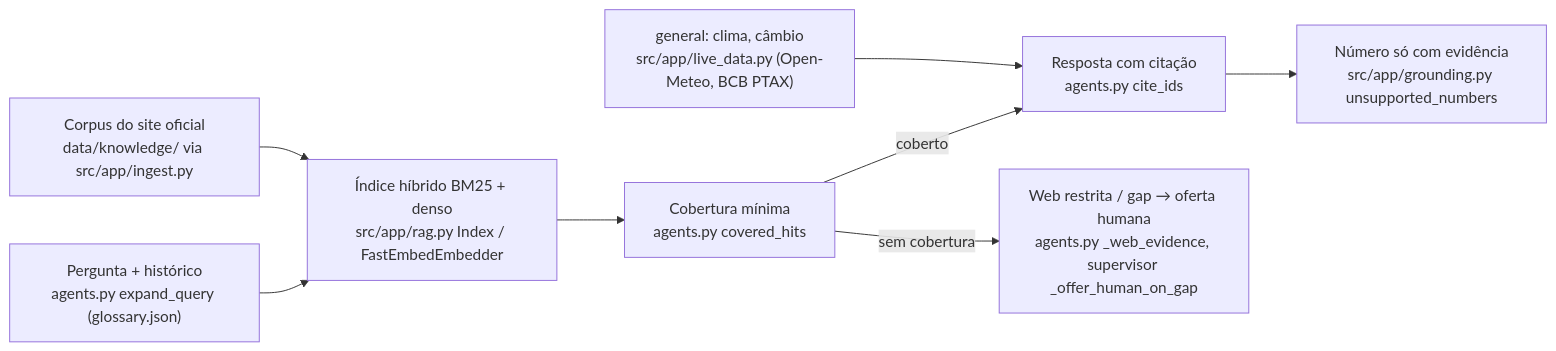
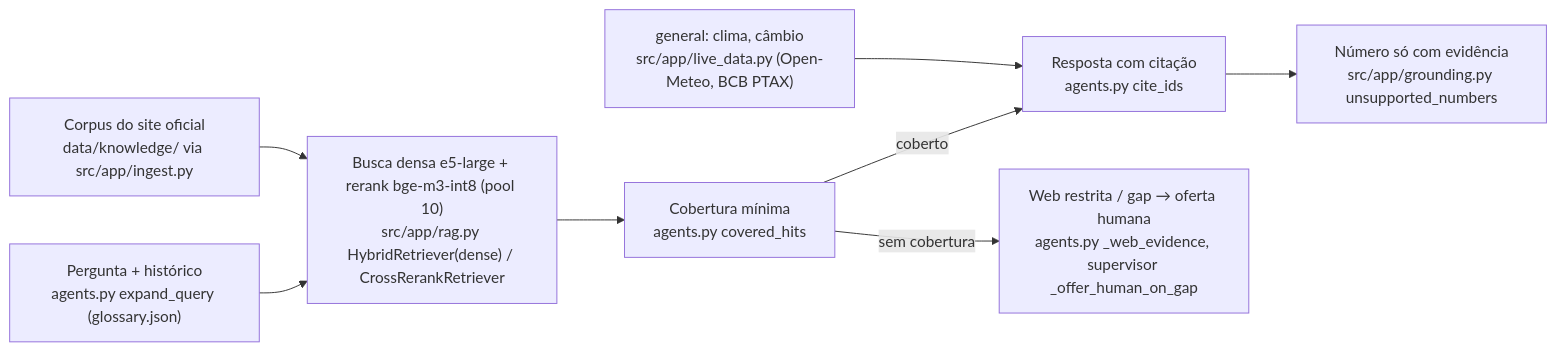
The second of 3 diagrams in docs/ARCHITECTURE.md (maathmartins-ux/getnet-support-agents-v5), drawn with Mermaid before and after one commit. The commit also changed other lines of this file and 2 other files, not shown here.

First line of the commit message:
docs: arquitetura e ADRs com o buscador real (denso na rodada 1; denso + rerank na entrega, ADR 0008 com orçamento de 3 s) e troubleshoot = Support primeiro, Knowledge pelo needs

````diff
--- a/docs/ARCHITECTURE.md
+++ b/docs/ARCHITECTURE.md
@@ -33,10 +36,10 @@
 ```mermaid
 flowchart LR
-  Q["Pergunta + histórico<br/>agents.py expand_query (glossary.json)"] --> I["Índice híbrido BM25 + denso<br/>src/app/rag.py Index / FastEmbedEmbedder"]
+  Q["Pergunta + histórico<br/>agents.py expand_query (glossary.json)"] --> I["Busca densa e5-large + rerank bge-m3-int8 (pool 10)<br/>src/app/rag.py HybridRetriever(dense) / CrossRerankRetriever"]
   C["Corpus do site oficial<br/>data/knowledge/ via src/app/ingest.py"] --> I
   I --> H["Cobertura mínima<br/>agents.py covered_hits"]
   H -- coberto --> A["Resposta com citação<br/>agents.py cite_ids"]
   H -- sem cobertura --> W["Web restrita / gap → oferta humana<br/>agents.py _web_evidence, supervisor _offer_human_on_gap"]
   L["general: clima, câmbio<br/>src/app/live_data.py (Open-Meteo, BCB PTAX)"] --> A
   A --> N["Número só com evidência<br/>src/app/grounding.py unsupported_numbers"]
 ```
````
